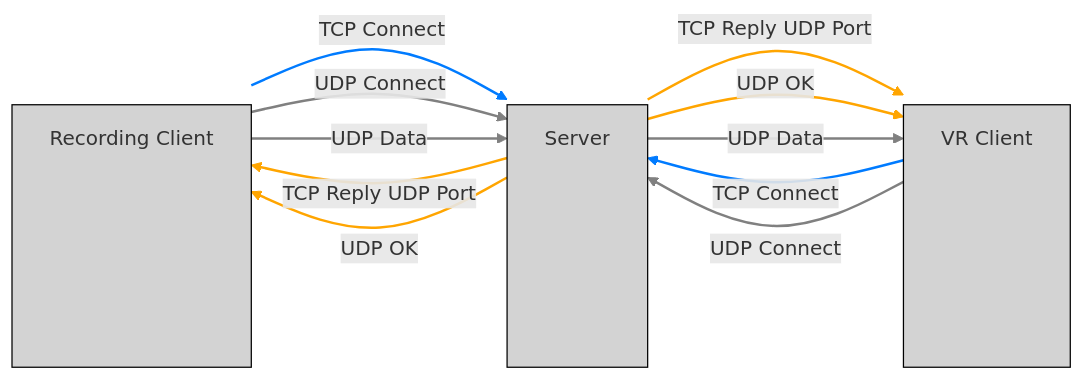
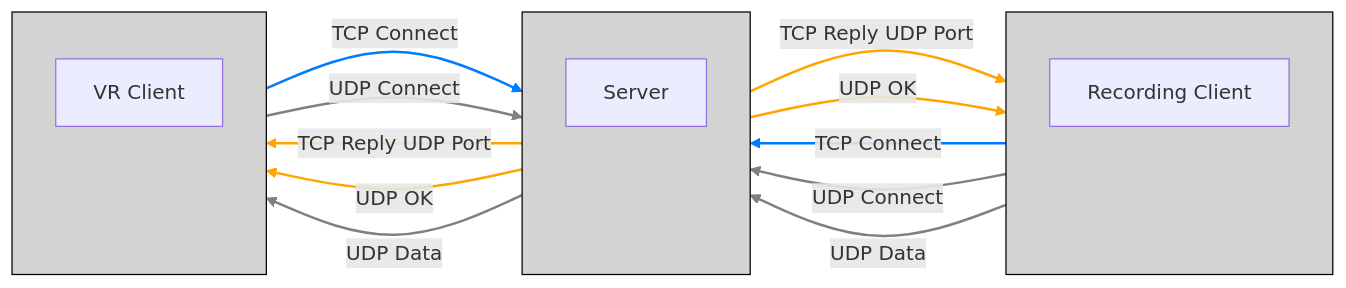
Before and after one commit to B16boi/HoloPiano---VR-Piano-Instructor: the diagram in README.md, drawn with Mermaid.

````diff
--- a/README.md
+++ b/README.md
@@ -9,32 +9,43 @@
 ```mermaid
 flowchart LR
+    subgraph RecClient[ ]
+    direction TB
     A[Recording Client]
+    end
+
+    subgraph ServerBox[ ]
+    direction TB
     B[Server]
+    end
+
+    subgraph VRClient[ ]
+    direction TB
     C[VR Client]
+    end
 
-    A -->|TCP Connect| B
+    RecClient -->|TCP Connect| ServerBox
     linkStyle 0 stroke:#007BFF,stroke-width:2px
-    B -->|TCP Reply UDP Port| A
+    ServerBox -->|TCP Reply UDP Port| RecClient
     linkStyle 1 stroke:#FFA500,stroke-width:2px
-    A -->|UDP Connect| B
+    RecClient -->|UDP Connect| ServerBox
     linkStyle 2 stroke:grey,stroke-width:2px
-    B -->|UDP OK| A
+    ServerBox -->|UDP OK| RecClient
     linkStyle 3 stroke:#FFA500,stroke-width:2px
-    A -->|UDP Data| B
+    RecClient -->|UDP Data| ServerBox
     linkStyle 4 stroke:grey,stroke-width:2px
 
-    C -->|TCP Connect| B
+    VRClient -->|TCP Connect| ServerBox
     linkStyle 5 stroke:#007BFF,stroke-width:2px
-    B -->|TCP Reply UDP Port| C
+    ServerBox -->|TCP Reply UDP Port| VRClient
     linkStyle 6 stroke:#FFA500,stroke-width:2px
-    C -->|UDP Connect| B
+    VRClient -->|UDP Connect| ServerBox
     linkStyle 7 stroke:grey,stroke-width:2px
-    B -->|UDP OK| C
+    ServerBox -->|UDP OK| VRClient
     linkStyle 8 stroke:#FFA500,stroke-width:2px
-    B -->|UDP Data| C
+    ServerBox -->|UDP Data| VRClient
     linkStyle 9 stroke:grey,stroke-width:2px
 
-    style A fill:#D3D3D3,stroke:#000,stroke-width:1px,height:210px
-    style B fill:#D3D3D3,stroke:#000,stroke-width:1px,height:210px
-    style C fill:#D3D3D3,stroke:#000,stroke-width:1px,height:210px
+    style RecClient fill:#D3D3D3,stroke:#000,stroke-width:1px,height:210px
+    style ServerBox fill:#D3D3D3,stroke:#000,stroke-width:1px,height:210px
+    style VRClient fill:#D3D3D3,stroke:#000,stroke-width:1px,height:210px
 ```
````
